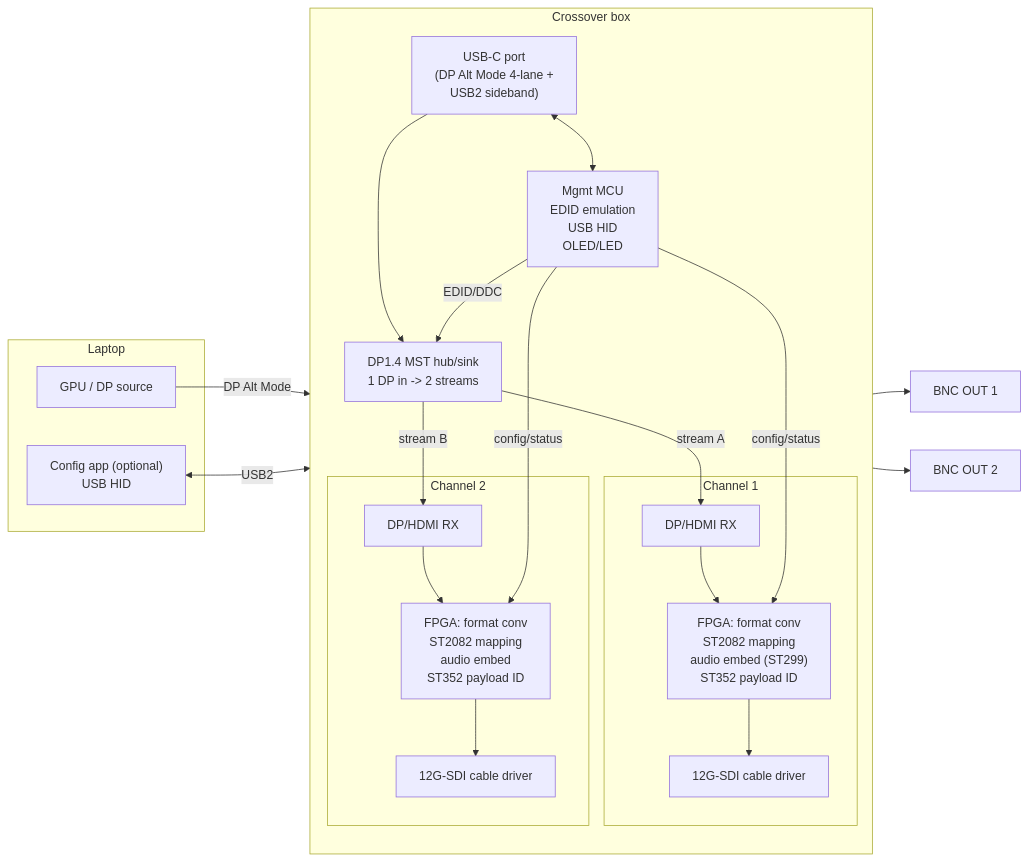
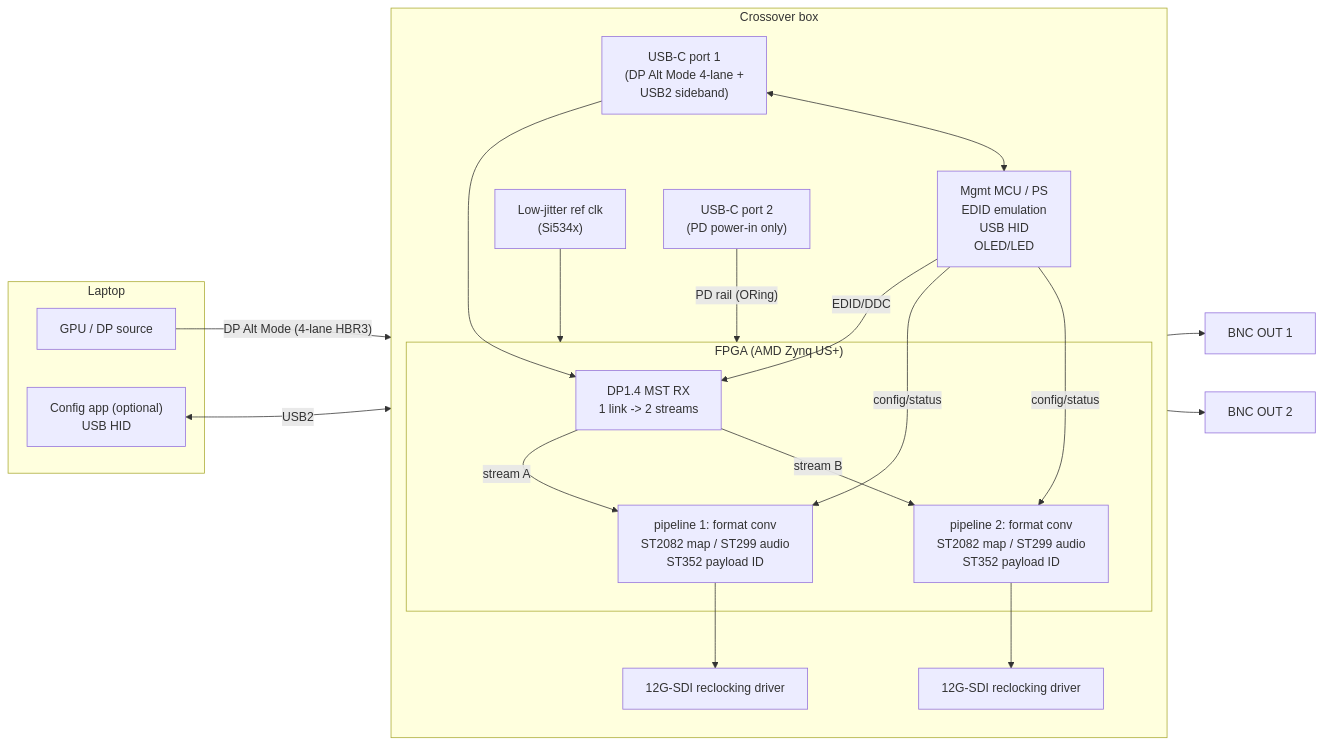
The diagram in usbc-dual-sdi/docs/02-architecture.md (ibkickinit/schindler-clone), drawn with Mermaid before and after one commit. The commit also changed other lines of this file and 3 other files, not shown here.

First line of the commit message:
usbc-dual-sdi: integrate sourcing deep-dive; resolve MST split + BOM

````diff
--- a/usbc-dual-sdi/docs/02-architecture.md
+++ b/usbc-dual-sdi/docs/02-architecture.md
@@ -5,31 +5,31 @@
 ```mermaid
 flowchart LR
     subgraph HOST[Laptop]
         GPU[GPU / DP source]
         APP["Config app (optional)\nUSB HID"]
     end
 
     subgraph BOX[Crossover box]
         direction TB
-        CC["USB-C port\n(DP Alt Mode 4-lane +\nUSB2 sideband)"]
-        MST["DP1.4 MST hub/sink\n1 DP in -> 2 streams"]
-        subgraph CH1[Channel 1]
-            RX1[DP/HDMI RX]
-            MAP1["FPGA: format conv\nST2082 mapping\naudio embed (ST299)\nST352 payload ID"]
-            DRV1[12G-SDI cable driver]
+        CC["USB-C port 1\n(DP Alt Mode 4-lane +\nUSB2 sideband)"]
+        PWR["USB-C port 2\n(PD power-in only)"]
+        REF["Low-jitter ref clk\n(Si534x)"]
+        subgraph FPGA["FPGA (AMD Zynq US+)"]
+            DPRX["DP1.4 MST RX\n1 link -> 2 streams"]
+            MAP1["pipeline 1: format conv\nST2082 map / ST299 audio\nST352 payload ID"]
+            MAP2["pipeline 2: format conv\nST2082 map / ST299 audio\nST352 payload ID"]
         end
-        subgraph CH2[Channel 2]
-            RX2[DP/HDMI RX]
-            MAP2["FPGA: format conv\nST2082 mapping\naudio embed\nST352 payload ID"]
-            DRV2[12G-SDI cable driver]
-        end
-        MCU["Mgmt MCU\nEDID emulation\nUSB HID\nOLED/LED"]
+        DRV1[12G-SDI reclocking driver]
+        DRV2[12G-SDI reclocking driver]
+        MCU["Mgmt MCU / PS\nEDID emulation\nUSB HID\nOLED/LED"]
     end
 
-    GPU -- "DP Alt Mode" --> CC --> MST
-    MST -- "stream A" --> RX1 --> MAP1 --> DRV1 --> BNC1["BNC OUT 1"]
-    MST -- "stream B" --> RX2 --> MAP2 --> DRV2 --> BNC2["BNC OUT 2"]
+    GPU -- "DP Alt Mode (4-lane HBR3)" --> CC --> DPRX
+    DPRX -- "stream A" --> MAP1 --> DRV1 --> BNC1["BNC OUT 1"]
+    DPRX -- "stream B" --> MAP2 --> DRV2 --> BNC2["BNC OUT 2"]
+    REF --> FPGA
+    PWR -- "PD rail (ORing)" --> FPGA
     APP <-- "USB2" --> CC <--> MCU
-    MCU -- "EDID/DDC" --> MST
+    MCU -- "EDID/DDC" --> DPRX
     MCU -- "config/status" --> MAP1 & MAP2
 ```
````
